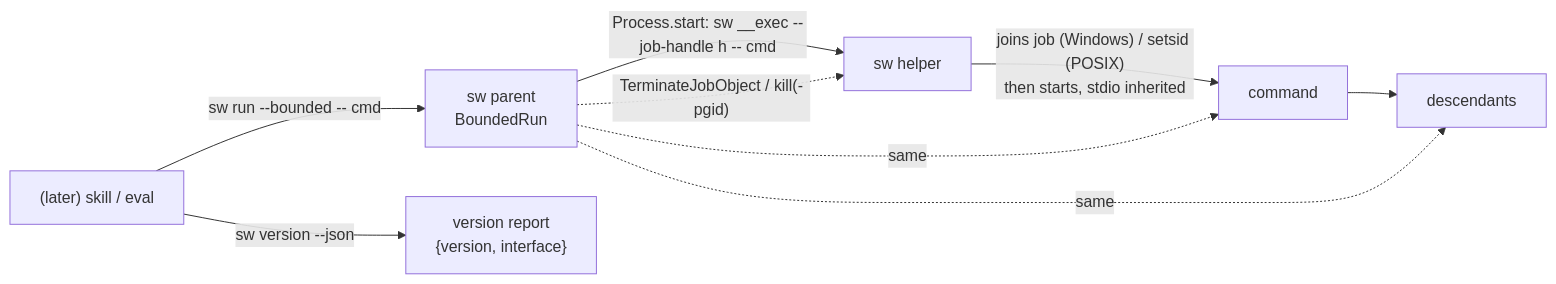
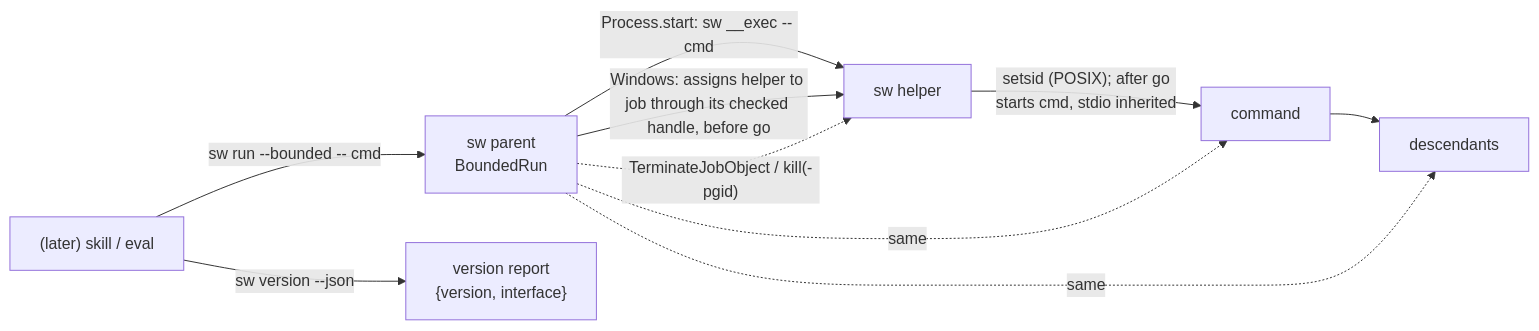
One commit to sh1ny/specwright changed the first of 4 diagrams in openspec/changes/native-cli-spike/design.md. Above: the diagram before and after it, drawn with Mermaid. The commit also changed other lines of this file and 6 other files, not shown here.

````diff
--- a/openspec/changes/native-cli-spike/design.md
+++ b/openspec/changes/native-cli-spike/design.md
@@ -196,11 +202,12 @@
 ```mermaid
 flowchart LR
   Skill["(later) skill / eval"] -->|"sw run --bounded -- cmd"| P["sw parent<br/>BoundedRun"]
   Skill -->|"sw version --json"| V["version report<br/>{version, interface}"]
-  P -->|"Process.start: sw __exec --job-handle h -- cmd"| H["sw helper"]
-  H -->|"joins job (Windows) / setsid (POSIX)<br/>then starts, stdio inherited"| C["command"]
+  P -->|"Process.start: sw __exec -- cmd"| H["sw helper"]
+  P -->|"Windows: assigns helper to job through its checked handle, before go"| H
+  H -->|"setsid (POSIX); after go<br/>starts cmd, stdio inherited"| C["command"]
   C --> G["descendants"]
   P -. "TerminateJobObject / kill(-pgid)" .-> H
   P -. same .-> C
   P -. same .-> G
 ```
````
